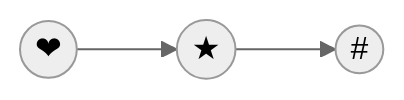
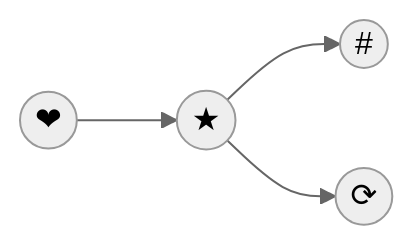
One commit to GreatBahram/bisect-exercise changed the diagram in readme.md. Above: the diagram before and after it, drawn with Mermaid (neutral theme).

Commit message:
connect b -> d, using '⟳' symbole

````diff
--- a/readme.md
+++ b/readme.md
@@ -5,5 +5,6 @@
 ```mermaid
 graph LR;
     A((❤)) --> B((★));
     B --> C((#));
+ 	B --> D((⟳));
 ```
````
